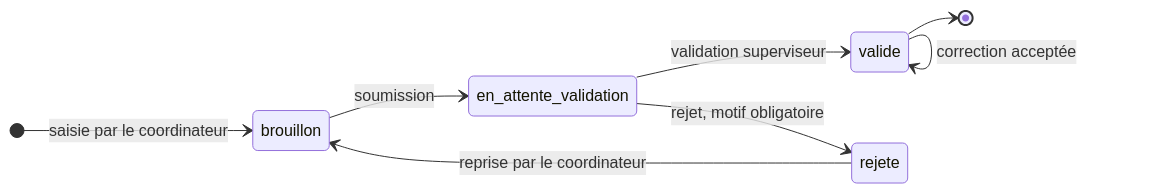
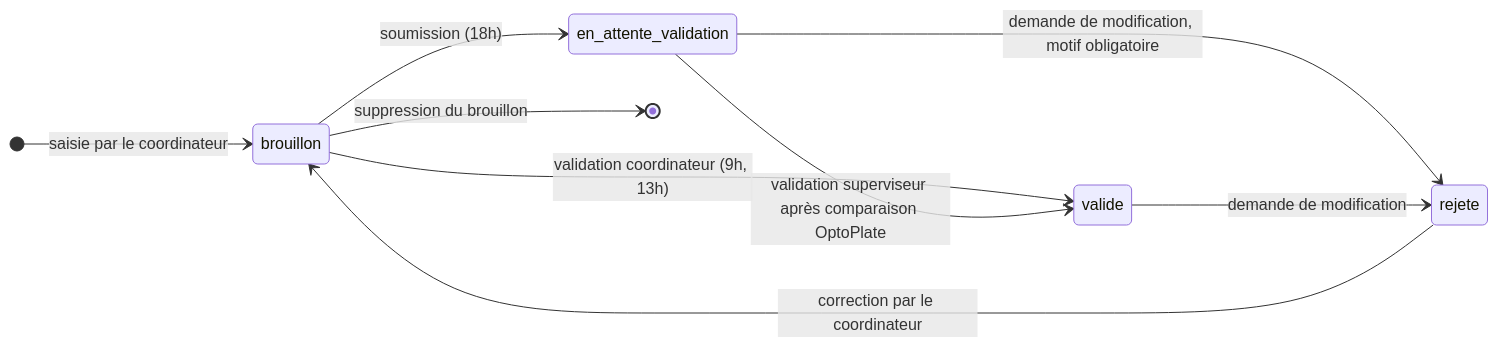
The second of 8 diagrams in docs/SPECIFICATION.md (GayeGuy/ERP-EMUCI-V2), drawn with Mermaid before and after one commit. The commit also changed other lines of this file and 8 other files, not shown here.

````diff
--- a/docs/SPECIFICATION.md
+++ b/docs/SPECIFICATION.md
@@ -830,11 +883,12 @@
 ```mermaid
 stateDiagram-v2
     direction LR
     [*] --> brouillon : saisie par le coordinateur
-    brouillon --> en_attente_validation : soumission
-    en_attente_validation --> valide : validation superviseur
-    en_attente_validation --> rejete : rejet, motif obligatoire
-    rejete --> brouillon : reprise par le coordinateur
-    valide --> valide : correction acceptée
-    valide --> [*]
+    brouillon --> en_attente_validation : soumission (18h)
+    brouillon --> valide : validation coordinateur (9h, 13h)
+    en_attente_validation --> valide : validation superviseur après comparaison OptoPlate
+    en_attente_validation --> rejete : demande de modification, motif obligatoire
+    valide --> rejete : demande de modification
+    rejete --> brouillon : correction par le coordinateur
+    brouillon --> [*] : suppression du brouillon
 ```
````
